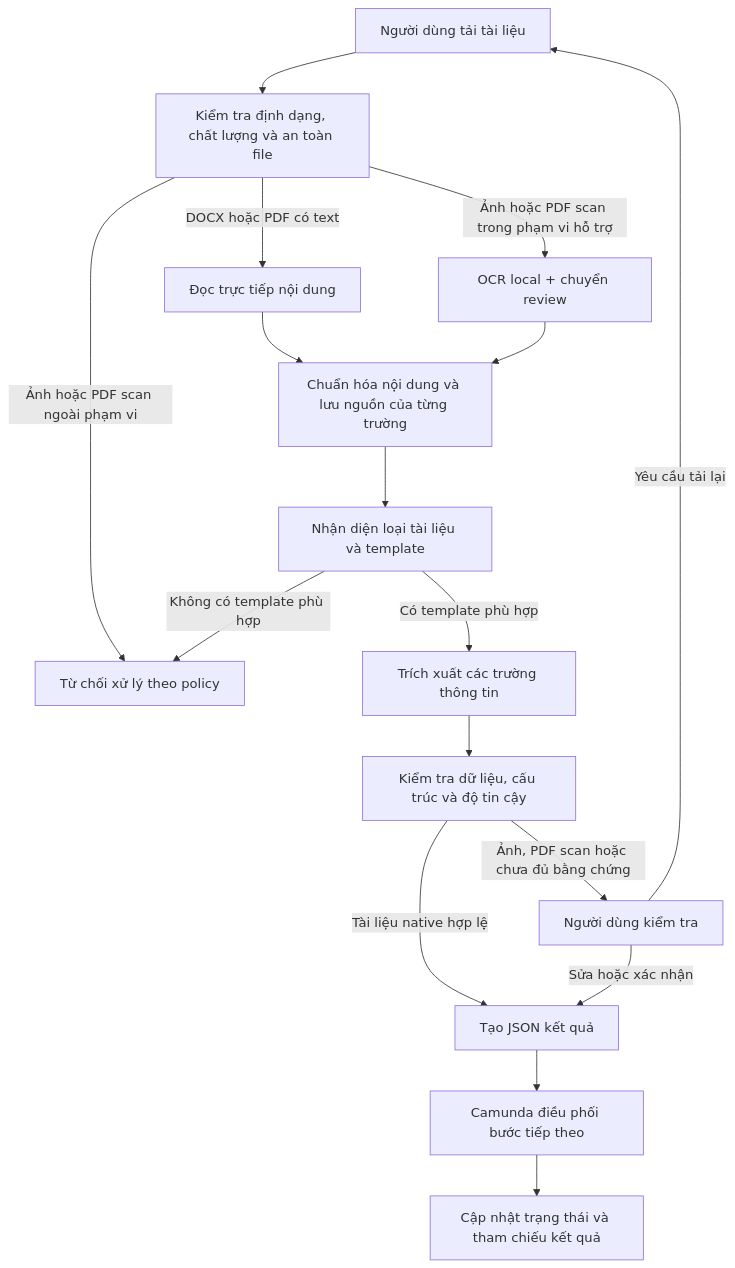
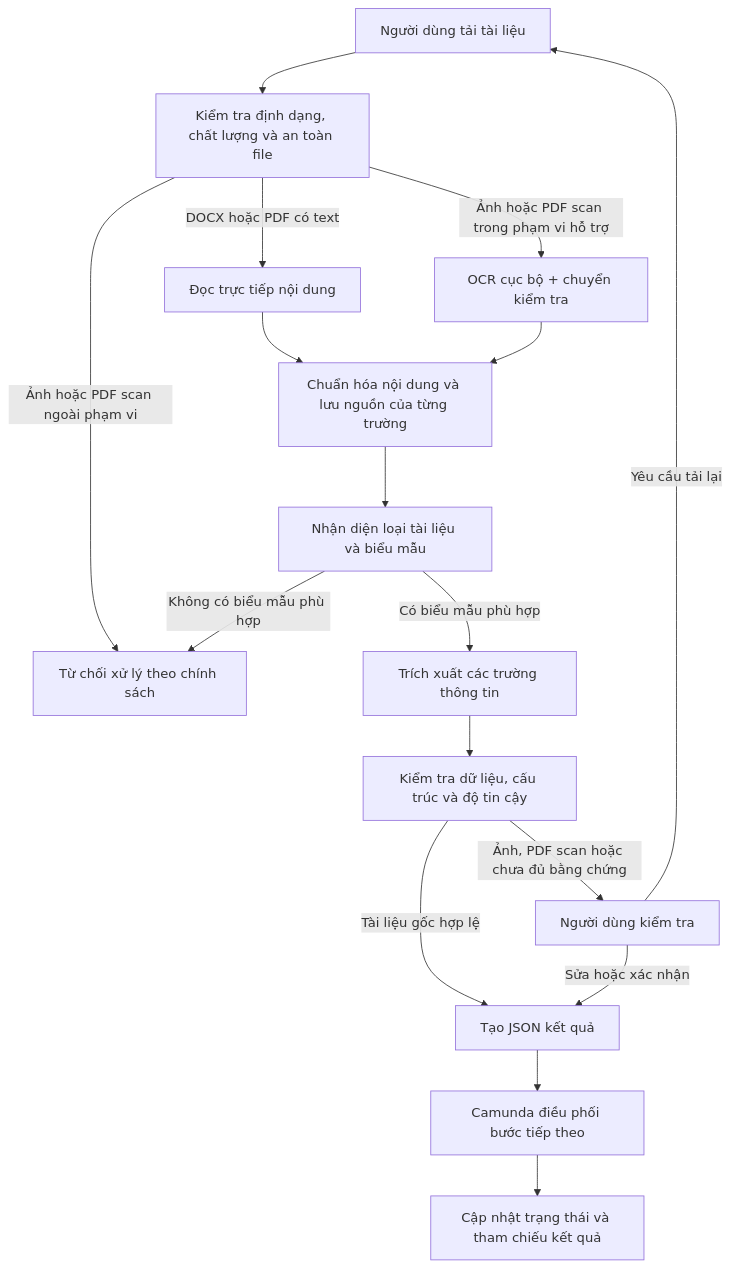
The diagram in README.md (tandung060604-prog/hcns-automation-agent), drawn with Mermaid before and after one commit. The commit also changed other lines of this file, not shown here.

````diff
--- a/README.md
+++ b/README.md
@@ -35,19 +36,19 @@
 ```mermaid
 flowchart TD
     A["Người dùng tải tài liệu"] --> B["Kiểm tra định dạng, chất lượng và an toàn file"]
     B -->|"DOCX hoặc PDF có text"| C["Đọc trực tiếp nội dung"]
-    B -->|"Ảnh hoặc PDF scan trong phạm vi hỗ trợ"| D["OCR local + chuyển review"]
-    B -->|"Ảnh hoặc PDF scan ngoài phạm vi"| X["Từ chối xử lý theo policy"]
+    B -->|"Ảnh hoặc PDF scan trong phạm vi hỗ trợ"| D["OCR cục bộ + chuyển kiểm tra"]
+    B -->|"Ảnh hoặc PDF scan ngoài phạm vi"| X["Từ chối xử lý theo chính sách"]
     C --> E["Chuẩn hóa nội dung và lưu nguồn của từng trường"]
     D --> E
-    E --> F["Nhận diện loại tài liệu và template"]
-    F -->|"Không có template phù hợp"| X
-    F -->|"Có template phù hợp"| G["Trích xuất các trường thông tin"]
+    E --> F["Nhận diện loại tài liệu và biểu mẫu"]
+    F -->|"Không có biểu mẫu phù hợp"| X
+    F -->|"Có biểu mẫu phù hợp"| G["Trích xuất các trường thông tin"]
     G --> H["Kiểm tra dữ liệu, cấu trúc và độ tin cậy"]
-    H -->|"Tài liệu native hợp lệ"| I["Tạo JSON kết quả"]
+    H -->|"Tài liệu gốc hợp lệ"| I["Tạo JSON kết quả"]
     H -->|"Ảnh, PDF scan hoặc chưa đủ bằng chứng"| J["Người dùng kiểm tra"]
     J -->|"Sửa hoặc xác nhận"| I
     J -->|"Yêu cầu tải lại"| A
     I --> K["Camunda điều phối bước tiếp theo"]
     K --> L["Cập nhật trạng thái và tham chiếu kết quả"]
 ```
````
